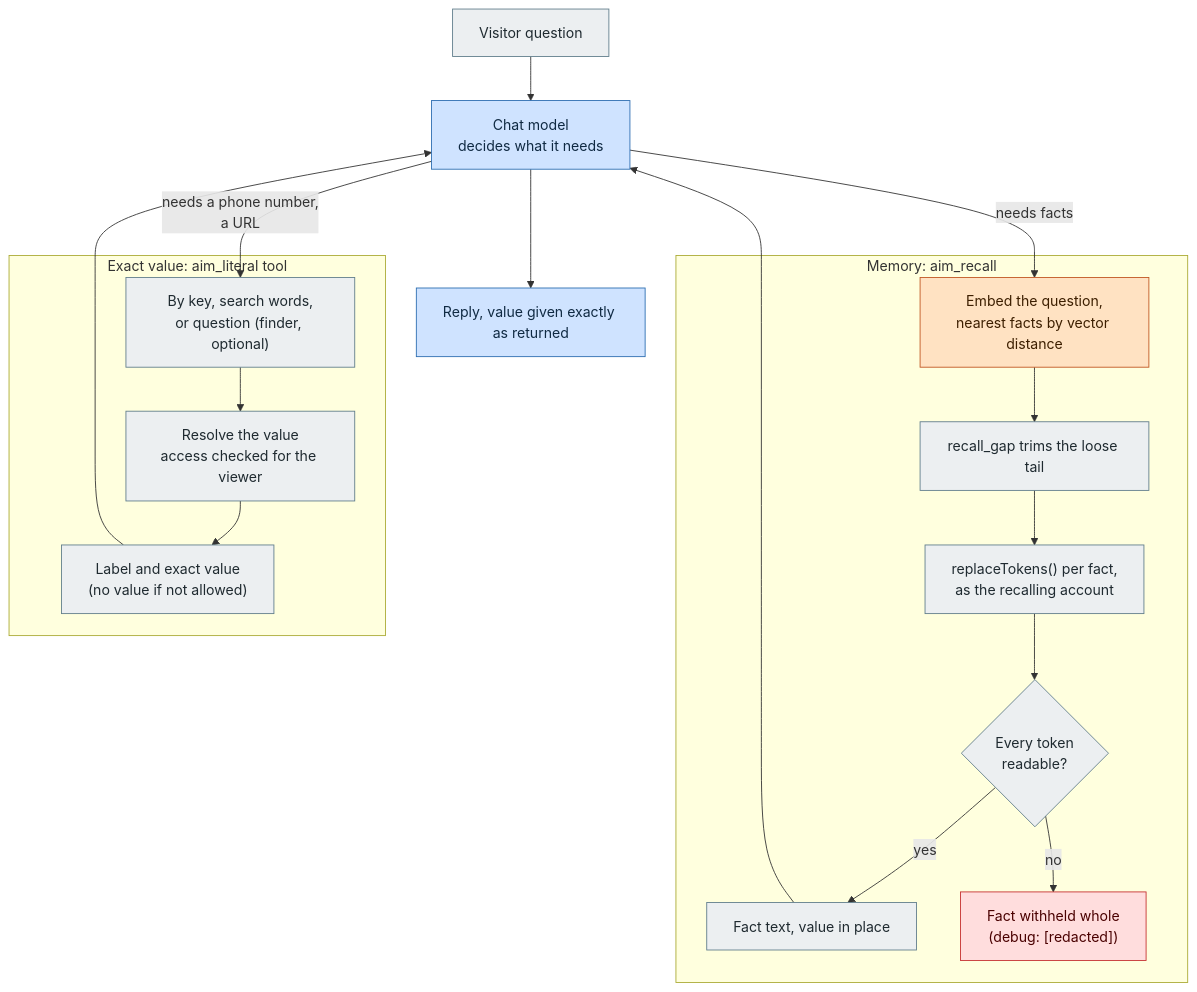
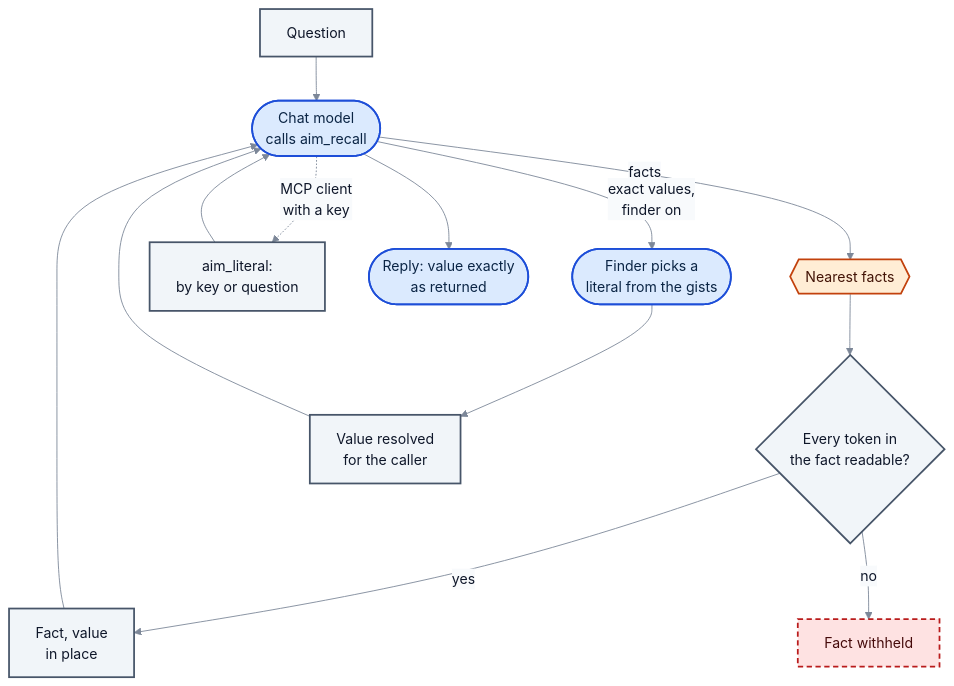
The fifth of 7 diagrams in adr/workflow-diagram.md (NikLP/aim), drawn with Mermaid before and after one commit. The commit also changed other lines of this file and 30 other files, not shown here.

Commit message:
Move finder calls to internal in AIM (no longer model's choice) Pass the date to models, date handling Workflow diagrams...

````diff
--- a/adr/workflow-diagram.md
+++ b/adr/workflow-diagram.md
@@ -350,32 +530,29 @@
 ```mermaid
+%%{init: {"theme": "base", "flowchart": {"useMaxWidth": false}, "themeCSS": ".nodeLabel p{margin:0}", "themeVariables": {"fontSize": "16px", "lineColor": "#7c8798", "textColor": "#0f172a", "primaryTextColor": "#0f172a", "edgeLabelBackground": "#f8fafc"}}}%%
 flowchart TD
-  classDef llm fill:#cfe3ff,stroke:#2b6cb0,color:#102a43
-  classDef vec fill:#ffe2c2,stroke:#c05621,color:#3d1f00
-  classDef code fill:#eceff1,stroke:#607d8b,color:#1f2a30
-  classDef bad fill:#fdd,stroke:#c53030,color:#4a0000
+  accTitle: Exact values
+  accDescr: The chat model calls aim_recall. Recall finds the nearest facts and fills in their literal tokens as the caller, withholding a fact with an unreadable token; with the finder on, it also asks the finder for a literal and returns its value beside the facts. An MCP client can also look a literal up by key with aim_literal. The reply gives a value exactly as returned when its gist fits.
+  classDef llm fill:#dbeafe,stroke:#1d4ed8,stroke-width:2px,color:#0b2545
+  classDef vec fill:#ffedd5,stroke:#c2410c,stroke-width:2px,color:#431407
+  classDef code fill:#f1f5f9,stroke:#475569,stroke-width:2px,color:#0f172a
+  classDef bad fill:#fee2e2,stroke:#b91c1c,stroke-width:2px,stroke-dasharray:6 4,color:#450a0a
 
-  Q["Visitor question"]:::code
-  A["Chat model<br/>decides what it needs"]:::llm
-
-  subgraph MEM["Memory: aim_recall"]
-    R1["Embed the question,<br/>nearest facts by vector distance"]:::vec
-    R2["recall_gap trims the loose tail"]:::code
-    R3["replaceTokens() per fact,<br/>as the recalling account"]:::code
-    R4{"Every token<br/>readable?"}:::code
-    R5["Fact text, value in place"]:::code
-    R6["Fact withheld whole<br/>(debug: [redacted])"]:::bad
-  end
-
-  subgraph LIT["Exact value: aim_literal tool"]
-    L1["By key, search words,<br/>or question (finder, optional)"]:::code
-    L2["Resolve the value<br/>access checked for the viewer"]:::code
-    L3["Label and exact value<br/>(no value if not allowed)"]:::code
-  end
+  Q["Question"]:::code
+  A(["Chat model<br/>calls aim_recall"]):::llm
+  R1{{"Nearest facts"}}:::vec
+  R4{"Every token in<br/>the fact readable?"}:::code
+  R5["Fact, value<br/>in place"]:::code
+  R6["Fact withheld"]:::bad
+  L2(["Finder picks a<br/>literal from the gists"]):::llm
+  L4["Value resolved<br/>for the caller"]:::code
+  K["aim_literal:<br/>by key or question"]:::code
+  Z(["Reply: value exactly<br/>as returned"]):::llm
 
   Q --> A
-  A -->|"needs facts"| R1 --> R2 --> R3 --> R4
+  A -->|"facts"| R1 --> R4
   R4 -->|yes| R5 --> A
   R4 -->|no| R6
-  A -->|"needs a phone number,<br/>a URL"| L1 --> L2 --> L3 --> A
-  A --> Z["Reply, value given exactly as returned"]:::llm
+  A -->|"exact values,<br/>finder on"| L2 --> L4 --> A
+  A -.->|"MCP client<br/>with a key"| K --> A
+  A --> Z
 ```
````
